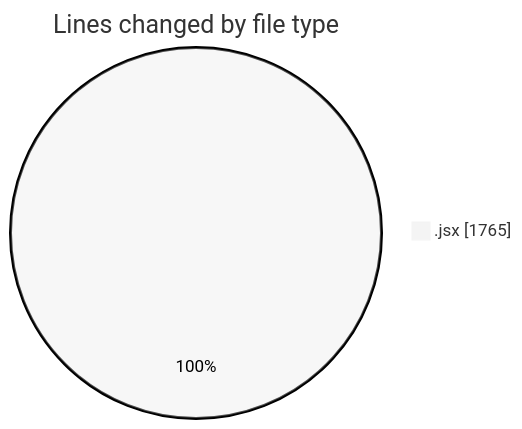
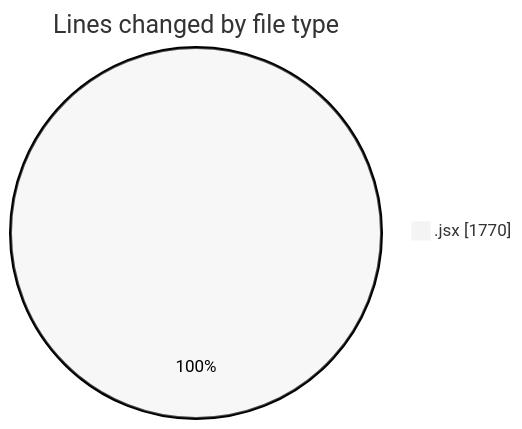
Before and after one commit to nxtqubesakshisongat/code-tracking: the first of 2 diagrams in 2025-05-26/nxtqube_webapp/README.md, drawn with Mermaid (neutral theme). The commit also changed other lines of this file and 1 other file, not shown here.

````diff
--- a/2025-05-26/nxtqube_webapp/README.md
+++ b/2025-05-26/nxtqube_webapp/README.md
@@ -20,5 +20,5 @@
 ```mermaid
 pie showData
 title Lines changed by file type
-".jsx" : 1765
+".jsx" : 1770
 ```
````
